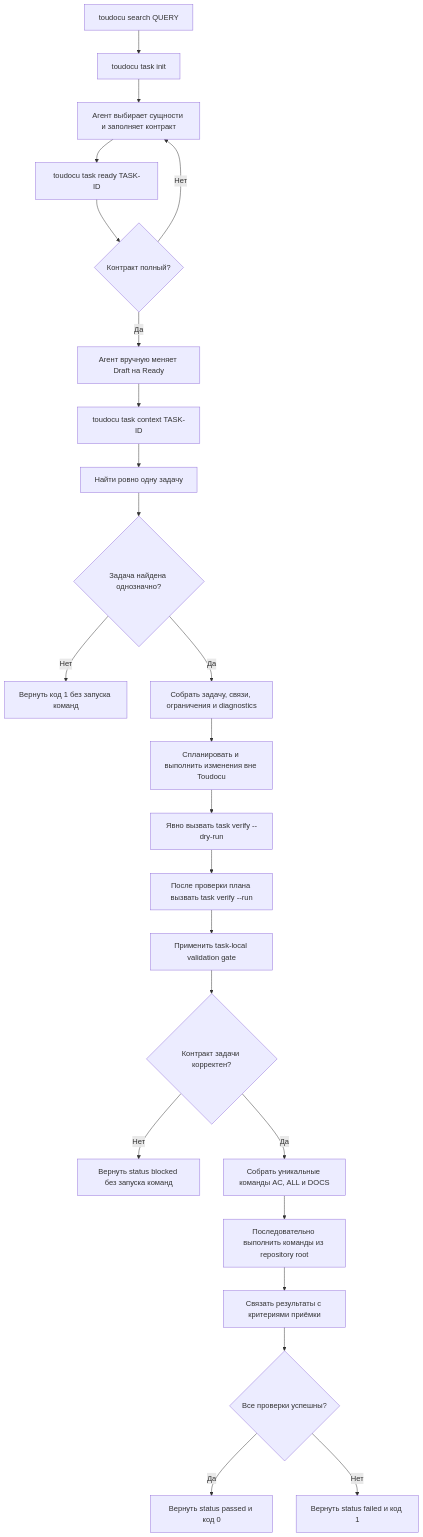
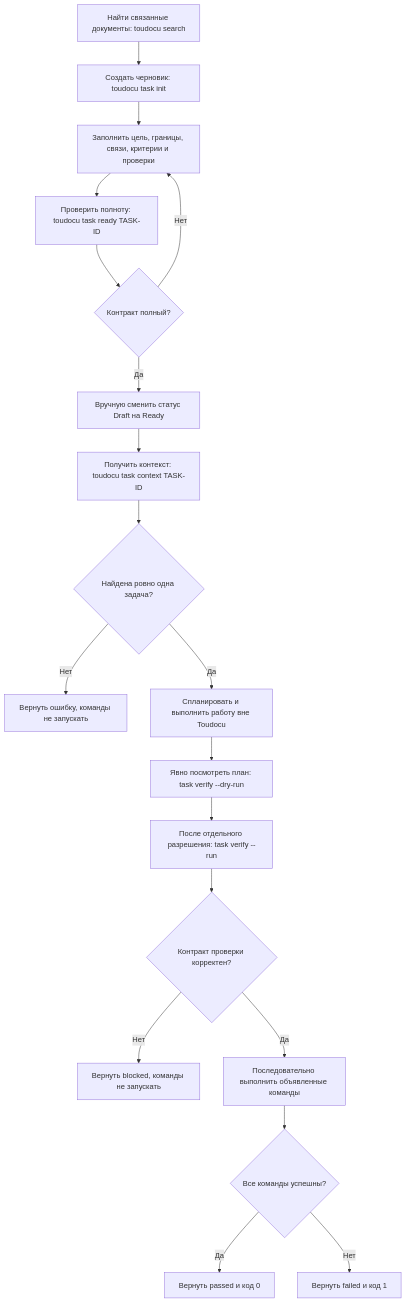
The diagram in docs/flows/FLOW-TASK-WORKFLOW.md (lumenikoly/toudocu), drawn with Mermaid before and after one commit. The commit also changed other lines of this file and 418 other files, not shown here.

````diff
--- a/docs/flows/FLOW-TASK-WORKFLOW.md
+++ b/docs/flows/FLOW-TASK-WORKFLOW.md
@@ -13,26 +13,21 @@
 ```mermaid
 flowchart TD
-    Search["toudocu search QUERY"] --> Init["toudocu task init"]
-    Init --> Fill["Агент выбирает сущности и заполняет контракт"]
-    Fill --> Ready["toudocu task ready TASK-ID"]
+    Search["Найти связанные документы: toudocu search"] --> Init["Создать черновик: toudocu task init"]
+    Init --> Fill["Заполнить цель, границы, связи, критерии и проверки"]
+    Fill --> Ready["Проверить полноту: toudocu task ready TASK-ID"]
     Ready --> Complete{"Контракт полный?"}
     Complete -->|Нет| Fill
-    Complete -->|Да| Status["Агент вручную меняет Draft на Ready"]
-    Status --> Context["toudocu task context TASK-ID"]
-    Context --> Find["Найти ровно одну задачу"]
-    Find --> Found{"Задача найдена однозначно?"}
-    Found -->|Нет| ContextError["Вернуть код 1 без запуска команд"]
-    Found -->|Да| Slice["Собрать задачу, связи, ограничения и diagnostics"]
-    Slice --> Plan["Спланировать и выполнить изменения вне Toudocu"]
-    Plan --> DryRun["Явно вызвать task verify --dry-run"]
-    DryRun --> Check["После проверки плана вызвать task verify --run"]
-    Check --> Gate["Применить task-local validation gate"]
-    Gate --> Valid{"Контракт задачи корректен?"}
-    Valid -->|Нет| Blocked["Вернуть status blocked без запуска команд"]
-    Valid -->|Да| Commands["Собрать уникальные команды AC, ALL и DOCS"]
-    Commands --> Run["Последовательно выполнить команды из repository root"]
-    Run --> Results["Связать результаты с критериями приёмки"]
-    Results --> Passed{"Все проверки успешны?"}
-    Passed -->|Да| Success["Вернуть status passed и код 0"]
-    Passed -->|Нет| Failed["Вернуть status failed и код 1"]
+    Complete -->|Да| Status["Вручную сменить статус Draft на Ready"]
+    Status --> Context["Получить контекст: toudocu task context TASK-ID"]
+    Context --> Found{"Найдена ровно одна задача?"}
+    Found -->|Нет| ContextError["Вернуть ошибку, команды не запускать"]
+    Found -->|Да| Plan["Спланировать и выполнить работу вне Toudocu"]
+    Plan --> DryRun["Явно посмотреть план: task verify --dry-run"]
+    DryRun --> Run["После отдельного разрешения: task verify --run"]
+    Run --> Valid{"Контракт проверки корректен?"}
+    Valid -->|Нет| Blocked["Вернуть blocked, команды не запускать"]
+    Valid -->|Да| Commands["Последовательно выполнить объявленные команды"]
+    Commands --> Passed{"Все команды успешны?"}
+    Passed -->|Да| Success["Вернуть passed и код 0"]
+    Passed -->|Нет| Failed["Вернуть failed и код 1"]
 ```
````
